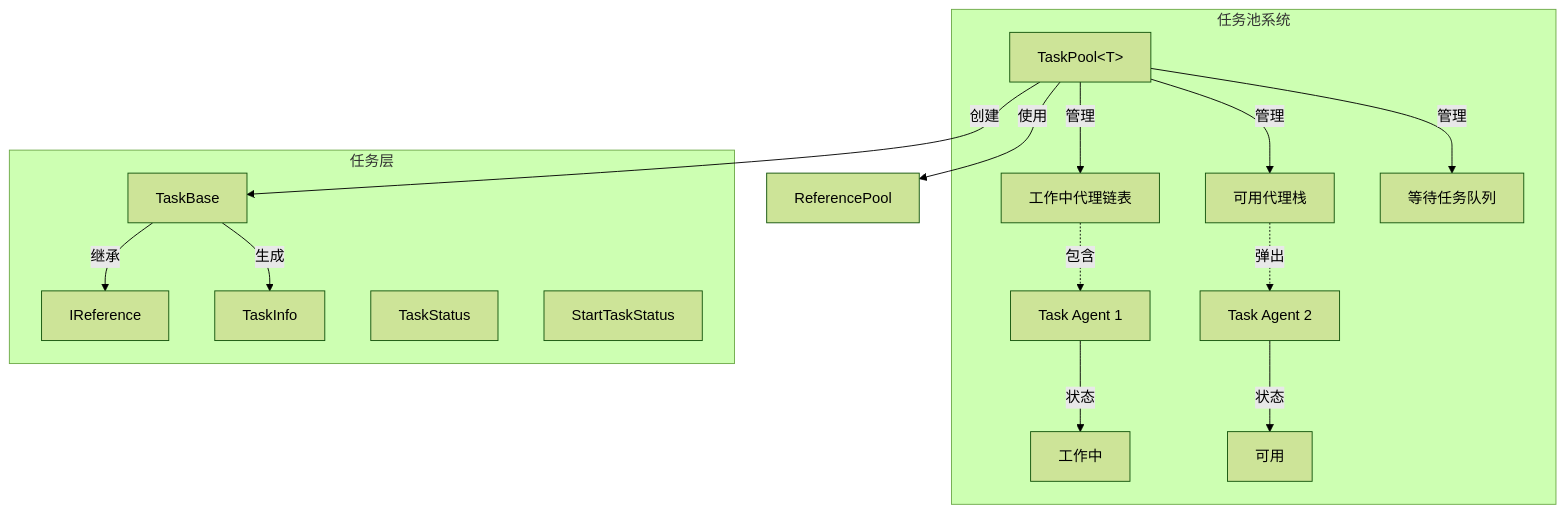
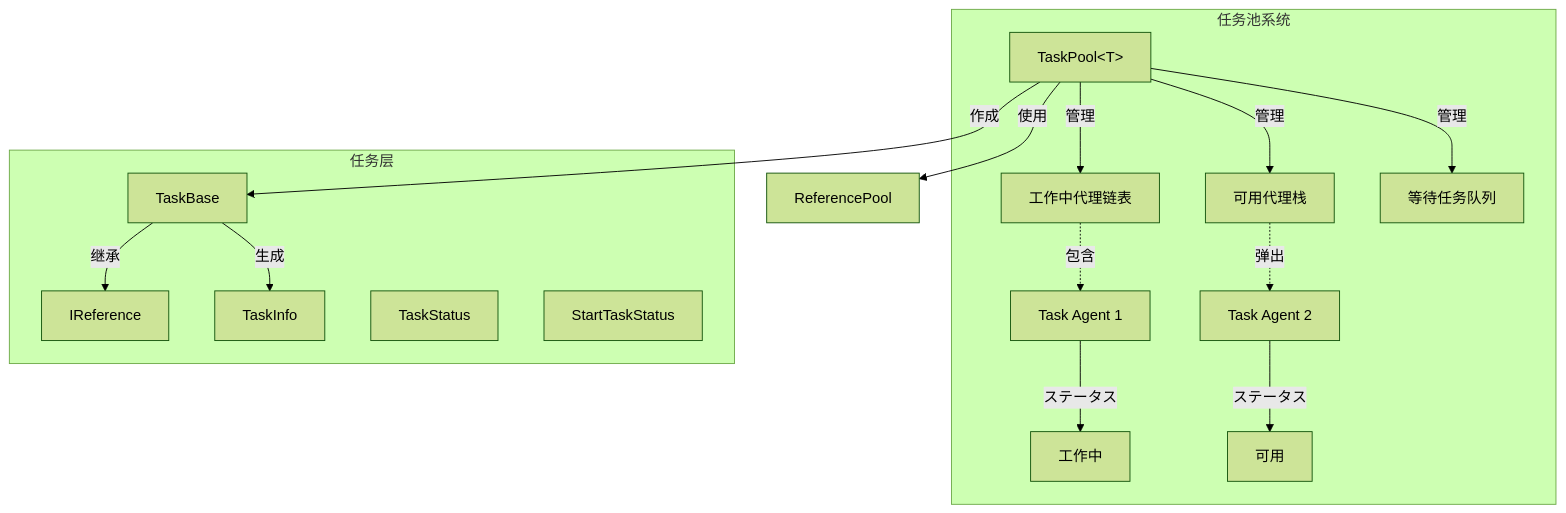
Before and after one commit to AlianBlank/GameFrameX.Docs: the first of 3 diagrams in docs/ja/client/unity/component/core/09.task-pool.md, drawn with Mermaid (forest theme). The commit also changed other lines of this file and 603 other files, not shown here.

````diff
--- a/docs/ja/client/unity/component/core/09.task-pool.md
+++ b/docs/ja/client/unity/component/core/09.task-pool.md
@@ -22,25 +22,25 @@
 ```mermaid
 graph TD
     subgraph TaskPoolSystem["任务池系统"]
         TP[TaskPool&lt;T&gt;] -->|"管理"| FreeAgents[可用代理栈]
         TP -->|"管理"| WorkingAgents[工作中代理链表]
         TP -->|"管理"| WaitingTasks[等待任务队列]
         
-        TA1[Task Agent 1] -->|"状态"| TAS1[工作中]
-        TA2[Task Agent 2] -->|"状态"| TAS2[可用]
+        TA1[Task Agent 1] -->|"ステータス"| TAS1[工作中]
+        TA2[Task Agent 2] -->|"ステータス"| TAS2[可用]
         
         FreeAgents -.->|"弹出"| TA2
         WorkingAgents -.->|"包含"| TA1
     end
     
     subgraph Task["任务层"]
         TB[TaskBase] -->|"继承"| IRef[IReference]
         TI[TaskInfo]
         TS[TaskStatus]
         STS[StartTaskStatus]
     end
     
     TP -->|"使用"| RefPool[ReferencePool]
-    TP -->|"创建"| TB
+    TP -->|"作成"| TB
     TB -->|"生成"| TI
 ```
````
